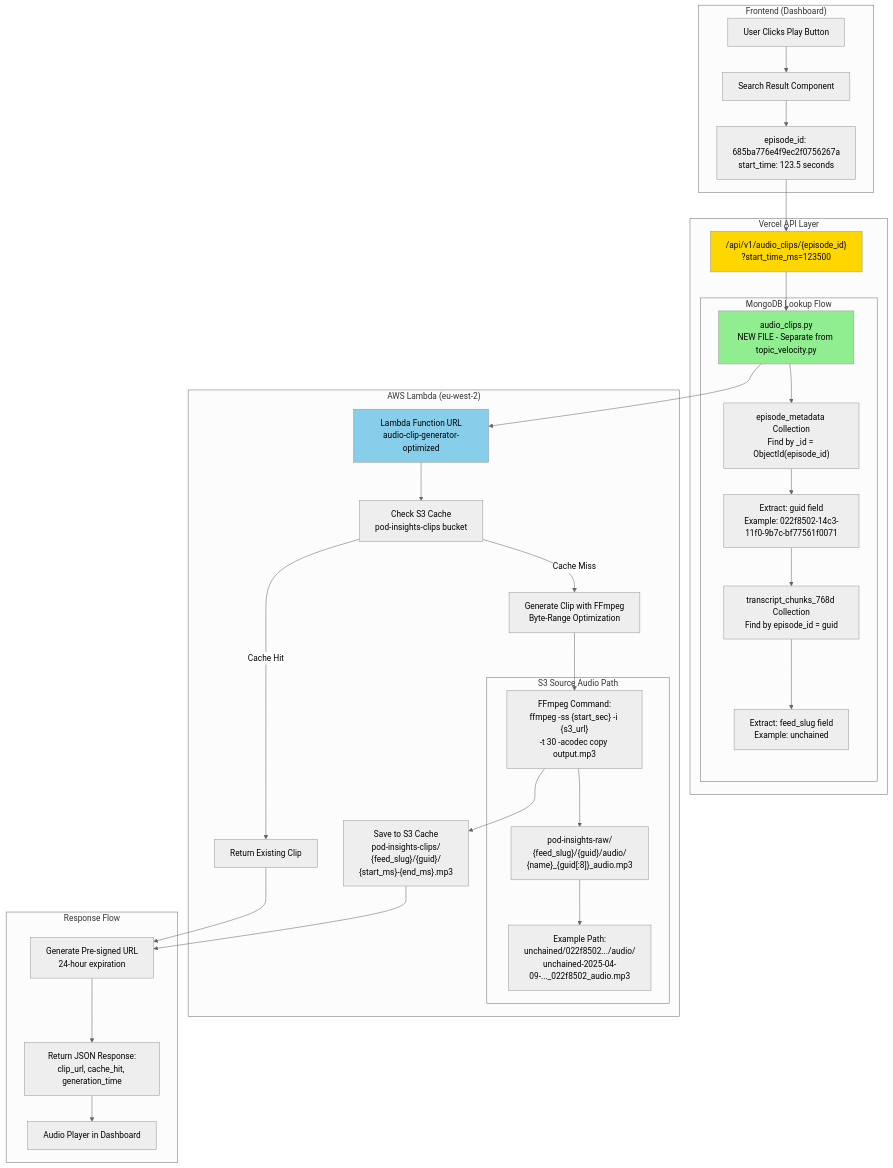
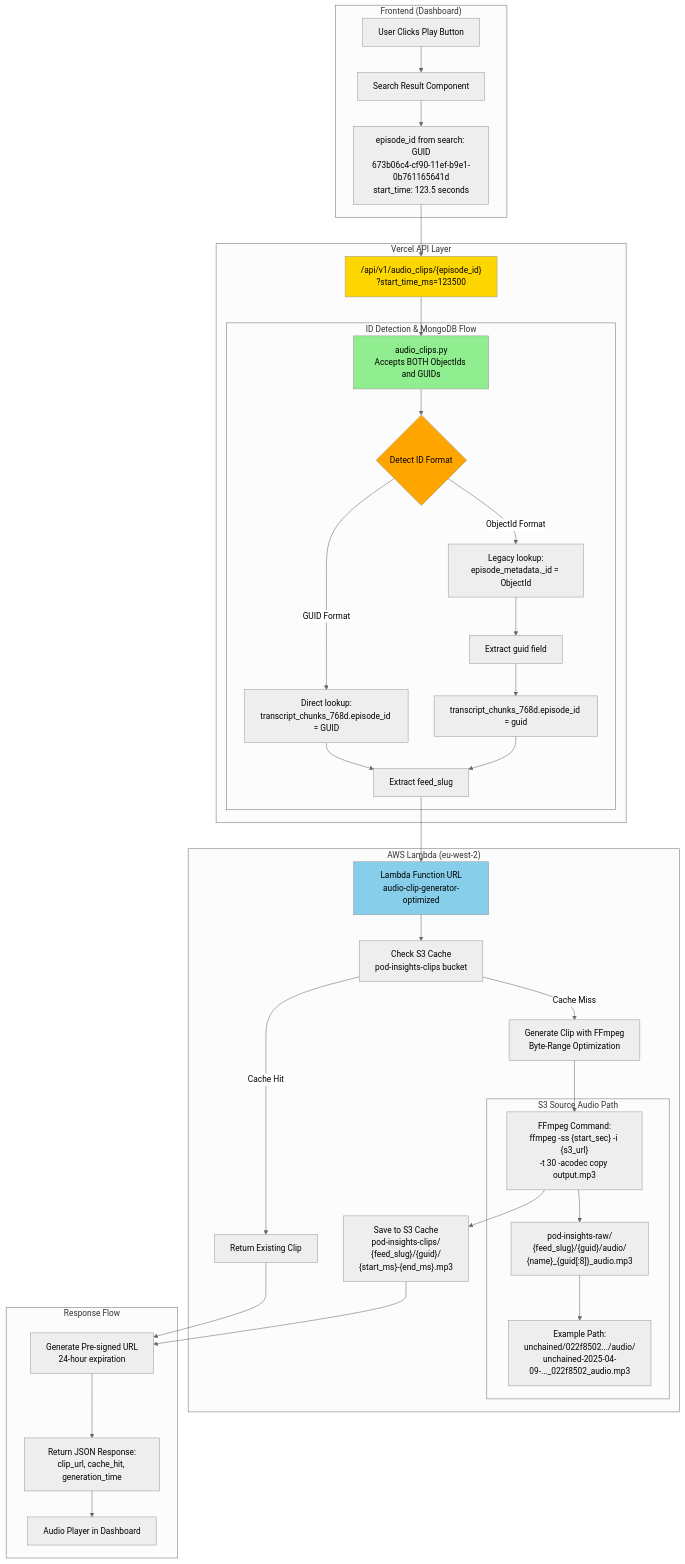
One commit to spudgun00/podinsight-api changed the diagram in docs/sprint3/audio/AUDIO_ARCHITECTURE_VISUAL_DIAGRAM.md. Above: the diagram before and after it, drawn with Mermaid (neutral theme). The commit also changed other lines of this file and 4 other files, not shown here.

````diff
--- a/docs/sprint3/audio/AUDIO_ARCHITECTURE_VISUAL_DIAGRAM.md
+++ b/docs/sprint3/audio/AUDIO_ARCHITECTURE_VISUAL_DIAGRAM.md
@@ -8,47 +9,51 @@
 ```mermaid
 graph TB
     subgraph "Frontend (Dashboard)"
         A[User Clicks Play Button] --> B[Search Result Component]
-        B --> C["episode_id: 685ba776e4f9ec2f0756267a<br/>start_time: 123.5 seconds"]
+        B --> C["episode_id from search: GUID<br/>673b06c4-cf90-11ef-b9e1-0b761165641d<br/>start_time: 123.5 seconds"]
     end
 
     subgraph "Vercel API Layer"
         C --> D["/api/v1/audio_clips/{episode_id}<br/>?start_time_ms=123500"]
-        D --> E[audio_clips.py<br/>NEW FILE - Separate from topic_velocity.py]
+        D --> E[audio_clips.py<br/>Accepts BOTH ObjectIds and GUIDs]
 
-        subgraph "MongoDB Lookup Flow"
-            E --> F["episode_metadata Collection<br/>Find by _id = ObjectId(episode_id)"]
-            F --> G["Extract: guid field<br/>Example: 022f8502-14c3-11f0-9b7c-bf77561f0071"]
-            G --> H["transcript_chunks_768d Collection<br/>Find by episode_id = guid"]
-            H --> I["Extract: feed_slug field<br/>Example: unchained"]
+        subgraph "ID Detection & MongoDB Flow"
+            E --> F{Detect ID Format}
+            F -->|GUID Format| G["Direct lookup:<br/>transcript_chunks_768d.episode_id = GUID"]
+            F -->|ObjectId Format| H["Legacy lookup:<br/>episode_metadata._id = ObjectId"]
+            H --> I["Extract guid field"]
+            I --> J["transcript_chunks_768d.episode_id = guid"]
+            G --> K["Extract feed_slug"]
+            J --> K
         end
     end
 
     subgraph "AWS Lambda (eu-west-2)"
-        E --> J["Lambda Function URL<br/>audio-clip-generator-optimized"]
-        J --> K["Check S3 Cache<br/>pod-insights-clips bucket"]
+        K --> L["Lambda Function URL<br/>audio-clip-generator-optimized"]
+        L --> M["Check S3 Cache<br/>pod-insights-clips bucket"]
 
-        K -->|Cache Miss| L["Generate Clip with FFmpeg<br/>Byte-Range Optimization"]
-        K -->|Cache Hit| M[Return Existing Clip]
+        M -->|Cache Miss| N["Generate Clip with FFmpeg<br/>Byte-Range Optimization"]
+        M -->|Cache Hit| O[Return Existing Clip]
 
-        L --> N["FFmpeg Command:<br/>ffmpeg -ss {start_sec} -i {s3_url}<br/>-t 30 -acodec copy output.mp3"]
+        N --> P["FFmpeg Command:<br/>ffmpeg -ss {start_sec} -i {s3_url}<br/>-t 30 -acodec copy output.mp3"]
 
         subgraph "S3 Source Audio Path"
-            N --> O["pod-insights-raw/<br/>{feed_slug}/{guid}/audio/<br/>{name}_{guid[:8]}_audio.mp3"]
-            O --> P["Example Path:<br/>unchained/022f8502.../audio/<br/>unchained-2025-04-09-..._022f8502_audio.mp3"]
+            P --> Q["pod-insights-raw/<br/>{feed_slug}/{guid}/audio/<br/>{name}_{guid[:8]}_audio.mp3"]
+            Q --> R["Example Path:<br/>unchained/022f8502.../audio/<br/>unchained-2025-04-09-..._022f8502_audio.mp3"]
         end
 
-        N --> Q["Save to S3 Cache<br/>pod-insights-clips/<br/>{feed_slug}/{guid}/<br/>{start_ms}-{end_ms}.mp3"]
+        P --> S["Save to S3 Cache<br/>pod-insights-clips/<br/>{feed_slug}/{guid}/<br/>{start_ms}-{end_ms}.mp3"]
     end
 
     subgraph "Response Flow"
-        M --> R[Generate Pre-signed URL<br/>24-hour expiration]
-        Q --> R
-        R --> S["Return JSON Response:<br/>clip_url, cache_hit, generation_time"]
-        S --> T[Audio Player in Dashboard]
+        O --> T[Generate Pre-signed URL<br/>24-hour expiration]
+        S --> T
+        T --> U["Return JSON Response:<br/>clip_url, cache_hit, generation_time"]
+        U --> V[Audio Player in Dashboard]
     end
 
     style E fill:#90EE90
-    style J fill:#87CEEB
+    style L fill:#87CEEB
     style D fill:#FFD700
+    style F fill:#FFA500
 ```
````
